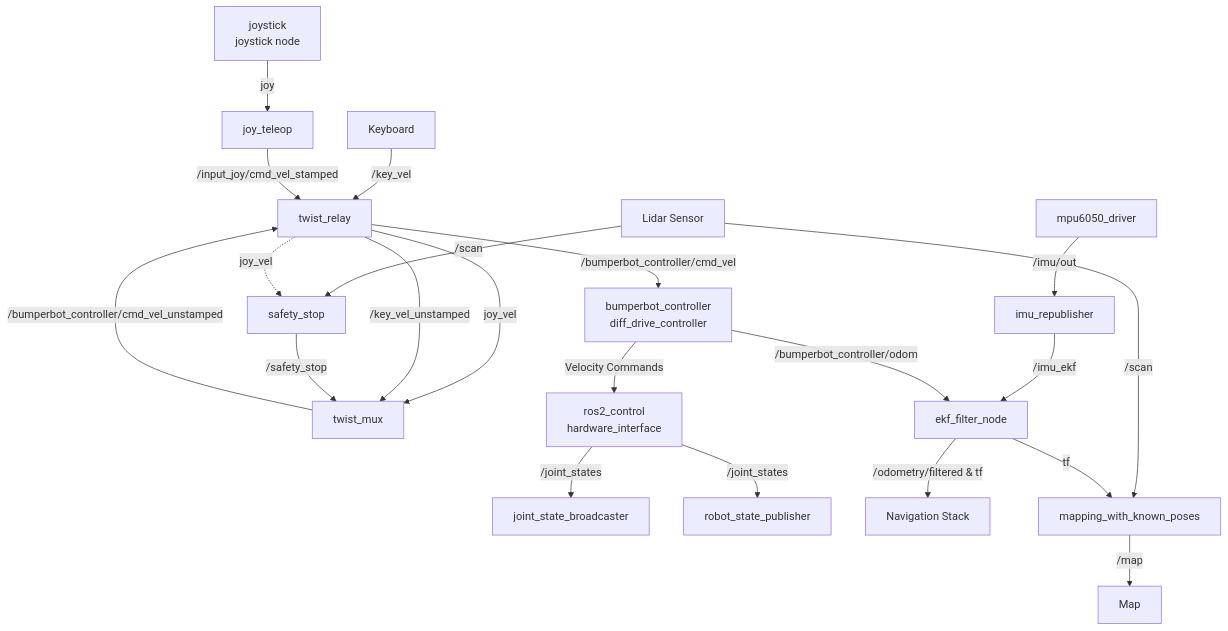
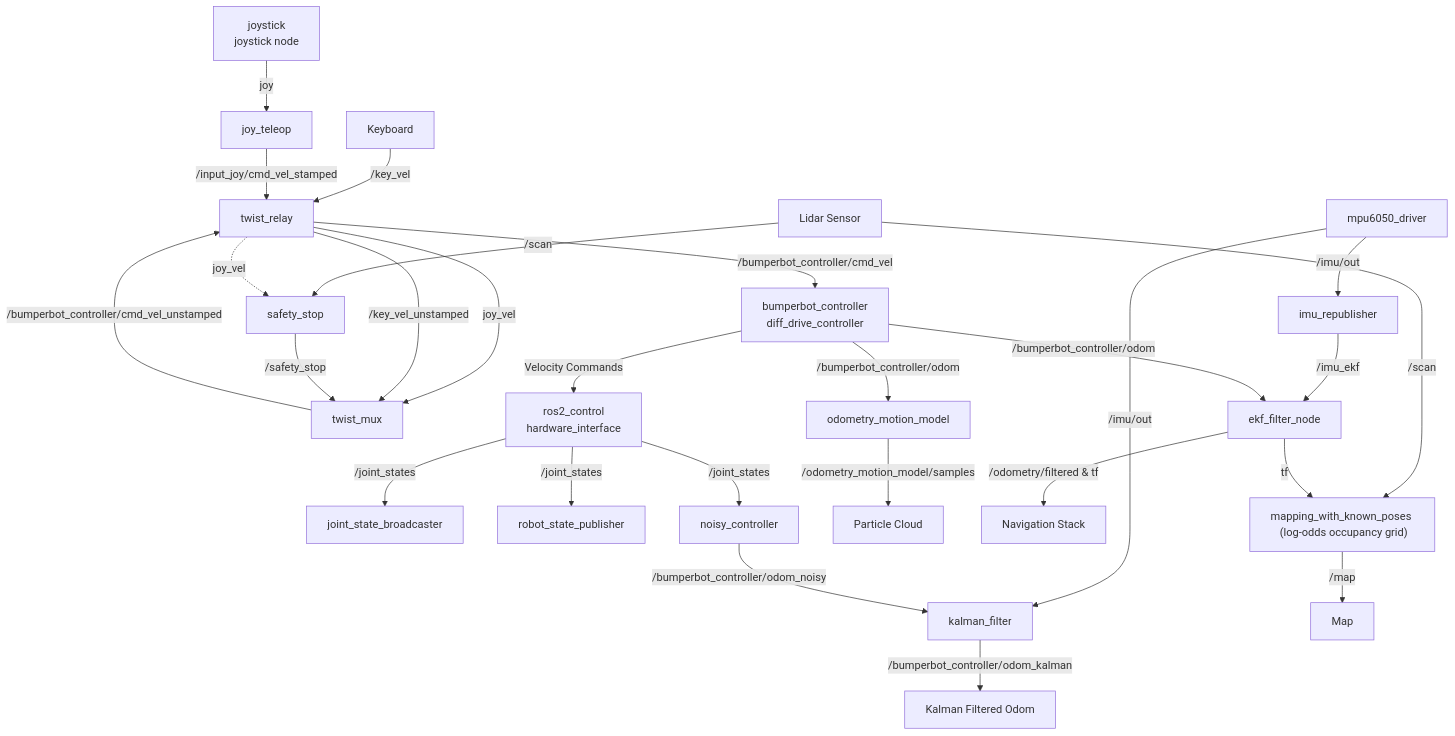
Before and after one commit to sathyalhr143/bumperbot_ws: the diagram in bumperbot_architecture.md, drawn with Mermaid. The commit also changed other lines of this file, not shown here.

Commit message:
updated architecture md

````diff
--- a/bumperbot_architecture.md
+++ b/bumperbot_architecture.md
@@ -9,36 +9,42 @@
 ```mermaid
 graph TD
     %% Input Devices
     Joy[joystick <br/> joystick node] -->|joy| JoyTeleop[joy_teleop]
     Keyboard[Keyboard] -->|/key_vel| TwistRelay[twist_relay]
 
     %% Teleoperation Flow
     JoyTeleop -->|/input_joy/cmd_vel_stamped| TwistRelay
     TwistRelay -->|joy_vel| TwistMux[twist_mux]
     TwistRelay -->|/key_vel_unstamped| TwistMux
     
     %% Safety & Multiplexing
     Lidar[Lidar Sensor] -->|/scan| SafetyStop[safety_stop]
     TwistRelay -.->|joy_vel| SafetyStop
     SafetyStop -->|/safety_stop| TwistMux
     
     %% Control Flow
     TwistMux -->|/bumperbot_controller/cmd_vel_unstamped| TwistRelay
     TwistRelay -->|/bumperbot_controller/cmd_vel| BumperbotCtrl[bumperbot_controller <br/> diff_drive_controller]
     
     %% Hardware Interface
     BumperbotCtrl -->|Velocity Commands| Hardware[ros2_control <br/> hardware_interface]
     Hardware -->|/joint_states| JointStateBroadcaster[joint_state_broadcaster]
     Hardware -->|/joint_states| RSP[robot_state_publisher]
+    Hardware -->|/joint_states| NoisyCtrl[noisy_controller]
     
     %% Sensors & Localization
     MPU[mpu6050_driver] -->|/imu/out| IMURepub[imu_republisher]
+    MPU -->|/imu/out| KF[kalman_filter]
     IMURepub -->|/imu_ekf| EKF[ekf_filter_node]
     BumperbotCtrl -->|/bumperbot_controller/odom| EKF
+    BumperbotCtrl -->|/bumperbot_controller/odom| OdoMM[odometry_motion_model]
+    NoisyCtrl -->|/bumperbot_controller/odom_noisy| KF
+    KF -->|/bumperbot_controller/odom_kalman| KFOut[Kalman Filtered Odom]
+    OdoMM -->|/odometry_motion_model/samples| Particles[Particle Cloud]
     EKF -->|/odometry/filtered & tf| Nav[Navigation Stack]
     
     %% Mapping
-    Lidar -->|/scan| Mapper[mapping_with_known_poses]
+    Lidar -->|/scan| Mapper["mapping_with_known_poses <br/> (log-odds occupancy grid)"]
     EKF -->|tf| Mapper
     Mapper -->|/map| MapOutput[Map]
 ```
````
